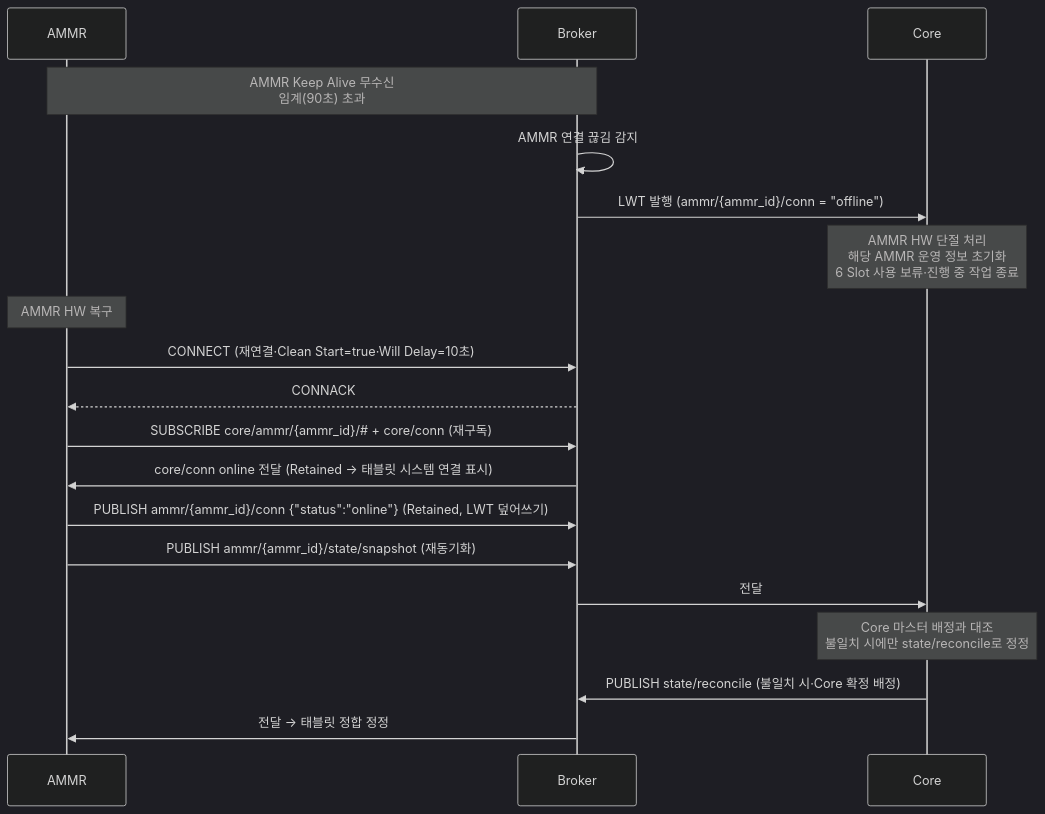
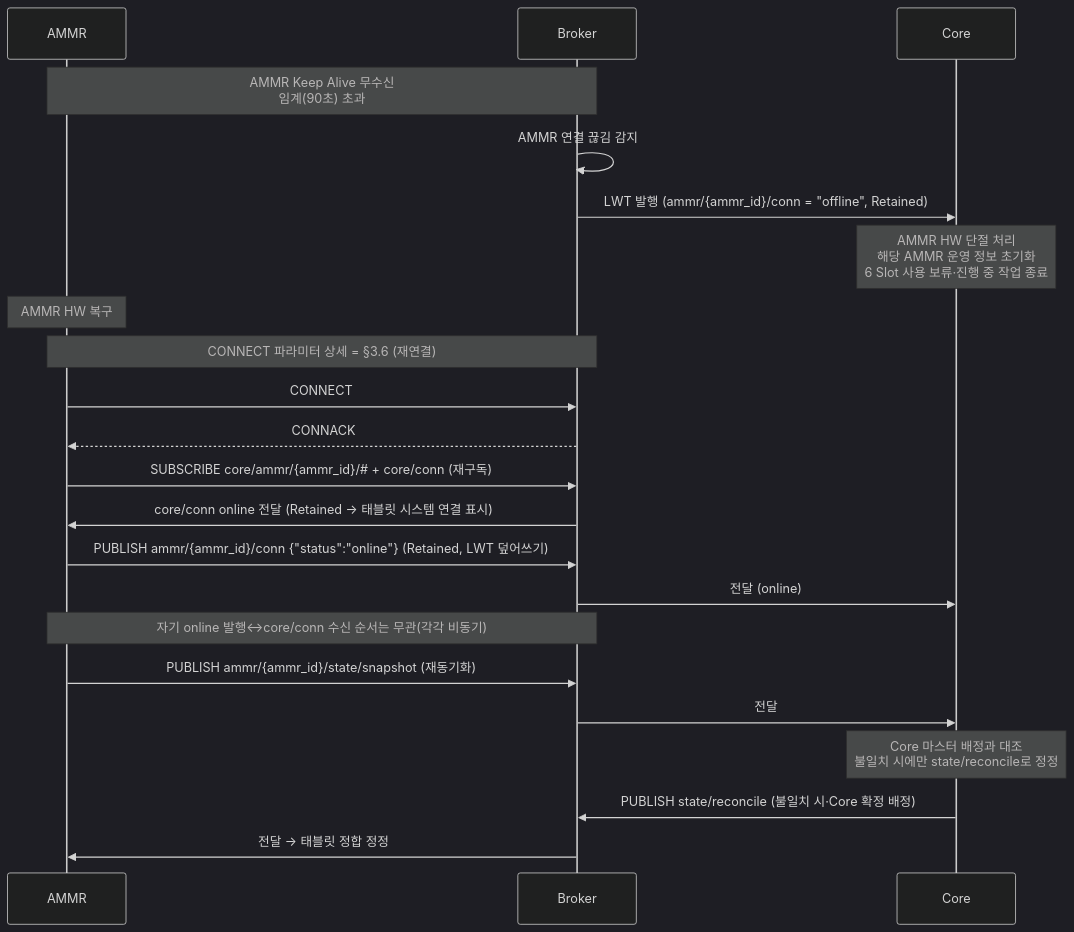
One commit to kimminsu0315/Core-Docs changed diagram 12 of 13 in docs/out/Core_ICD_AMMR.md. Above: the diagram before and after it, drawn with Mermaid (dark theme). The commit also changed other lines of this file and 10 other files, not shown here.

````diff
--- a/docs/out/Core_ICD_AMMR.md
+++ b/docs/out/Core_ICD_AMMR.md
@@ -1148,23 +1170,26 @@
 ```mermaid
 sequenceDiagram
     participant A as AMMR
     participant B as Broker
     participant C as Core
 
     Note over A,B: AMMR Keep Alive 무수신<br/>임계(90초) 초과
     B->>B: AMMR 연결 끊김 감지
-    B->>C: LWT 발행 (ammr/{ammr_id}/conn = "offline")
+    B->>C: LWT 발행 (ammr/{ammr_id}/conn = "offline", Retained)
     Note over C: AMMR HW 단절 처리<br/>해당 AMMR 운영 정보 초기화<br/>6 Slot 사용 보류·진행 중 작업 종료
 
     Note over A: AMMR HW 복구
-    A->>B: CONNECT (재연결·Clean Start=true·Will Delay=10초)
+    Note over A,B: CONNECT 파라미터 상세 = §3.6 (재연결)
+    A->>B: CONNECT
     B-->>A: CONNACK
     A->>B: SUBSCRIBE core/ammr/{ammr_id}/#35; + core/conn (재구독)
     B->>A: core/conn online 전달 (Retained → 태블릿 시스템 연결 표시)
     A->>B: PUBLISH ammr/{ammr_id}/conn {"status":"online"} (Retained, LWT 덮어쓰기)
+    B->>C: 전달 (online)
+    Note over A,B: 자기 online 발행↔core/conn 수신 순서는 무관(각각 비동기)
     A->>B: PUBLISH ammr/{ammr_id}/state/snapshot (재동기화)
     B->>C: 전달
     Note over C: Core 마스터 배정과 대조<br/>불일치 시에만 state/reconcile로 정정
     C->>B: PUBLISH state/reconcile (불일치 시·Core 확정 배정)
     B->>A: 전달 → 태블릿 정합 정정
 ```
````
